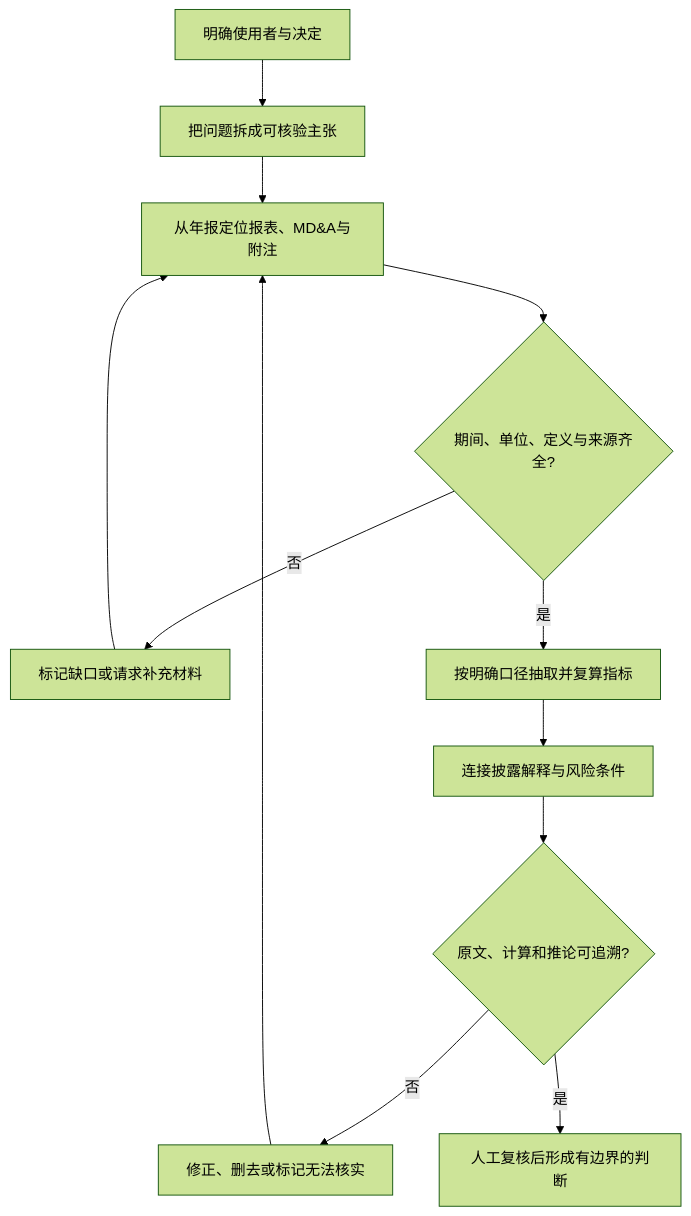
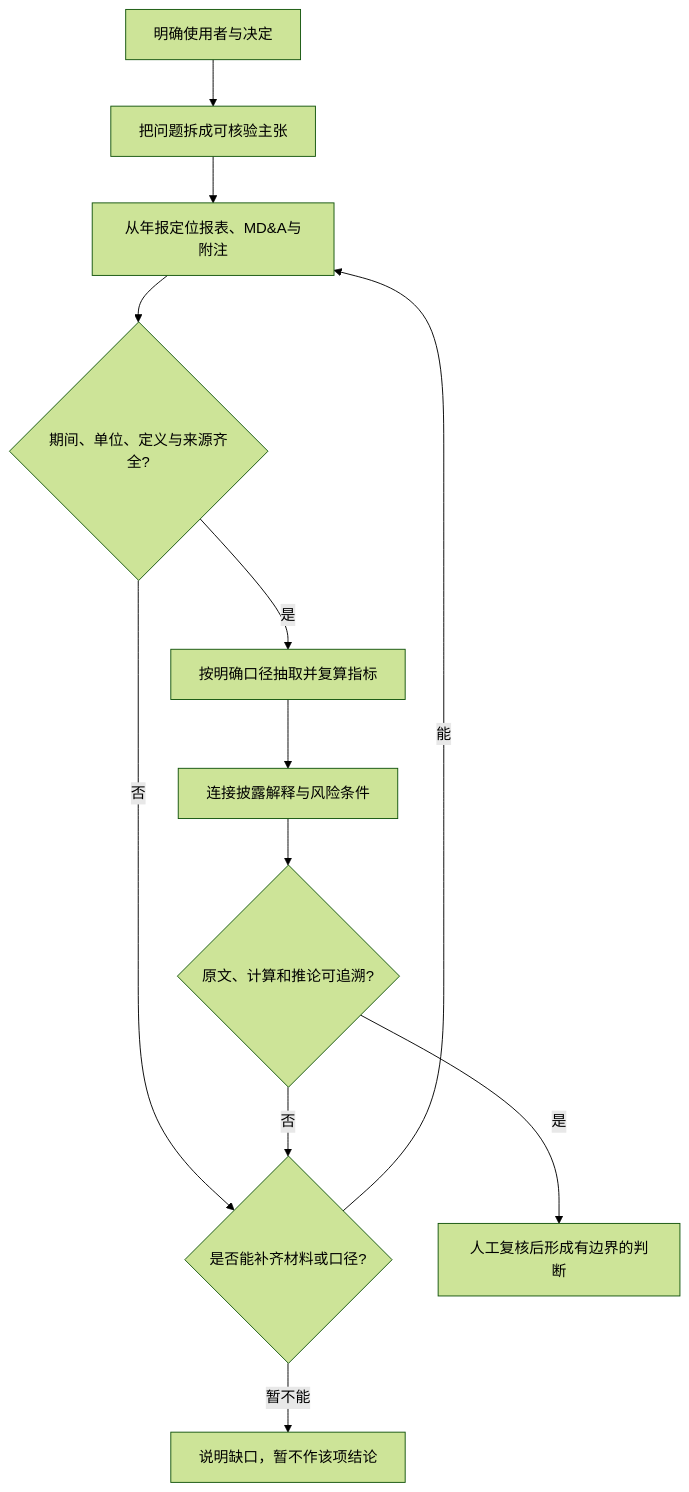
The diagram in AC6761_Artificial_Intelligence_Accounting/notes/M09-AI财报分析与利益相关者.md (CercaTrovato/cityu-ai-course-notes), drawn with Mermaid (forest theme) before and after one commit. The commit also changed other lines of this file and 2300 other files, not shown here.

First line of the commit message:
完善五课程逐页学习笔记、课件原图与修补规范

````diff
--- a/AC6761_Artificial_Intelligence_Accounting/notes/M09-AI财报分析与利益相关者.md
+++ b/AC6761_Artificial_Intelligence_Accounting/notes/M09-AI财报分析与利益相关者.md
@@ -576,14 +770,14 @@
 ```mermaid
 flowchart TD
     A[明确使用者与决定] --> B[把问题拆成可核验主张]
     B --> C[从年报定位报表、MD&A与附注]
     C --> D{期间、单位、定义与来源齐全?}
-    D -- 否 --> E[标记缺口或请求补充材料]
-    E --> C
+    D -- 否 --> E{是否能补齐材料或口径?}
+    E -- 能 --> C
+    E -- 暂不能 --> K[说明缺口，暂不作该项结论]
     D -- 是 --> F[按明确口径抽取并复算指标]
     F --> G[连接披露解释与风险条件]
     G --> H{原文、计算和推论可追溯?}
-    H -- 否 --> I[修正、删去或标记无法核实]
-    I --> C
+    H -- 否 --> E
     H -- 是 --> J[人工复核后形成有边界的判断]
 ```
````
